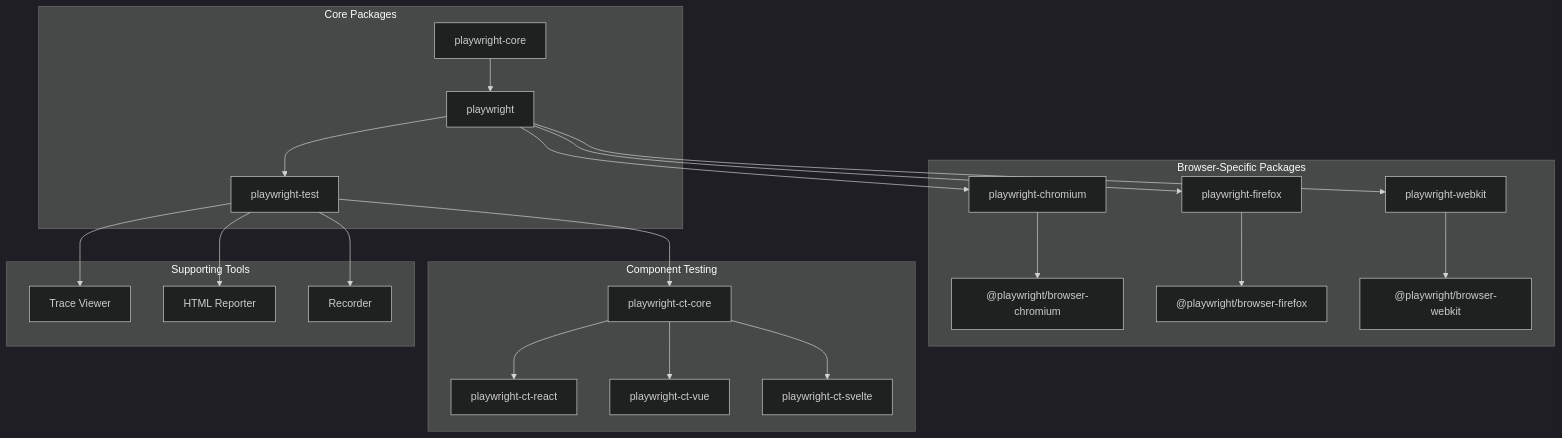
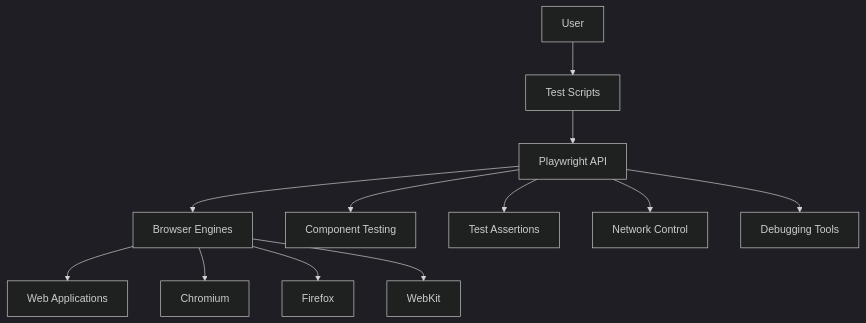
One commit to RightInChrist/playwright-docs changed the diagram in index.md. Above: the diagram before and after it, drawn with Mermaid (dark theme). The commit also changed other lines of this file and 2 other files, not shown here.

Commit message:
Update documentation with enhanced user-focused content

````diff
--- a/index.md
+++ b/index.md
@@ -64,30 +7,16 @@
 ```mermaid
 graph TD
-    subgraph "Core Packages"
-        A[playwright-core] --> B[playwright]
-        B --> C[playwright-test]
-    end
+    User[User] --> Tests[Test Scripts]
+    Tests --> PlaywrightAPI[Playwright API]
+    PlaywrightAPI --> Browsers[Browser Engines]
+    Browsers --> WebApps[Web Applications]
     
-    subgraph "Browser-Specific Packages"
-        B --> D[playwright-chromium]
-        B --> E[playwright-firefox]
-        B --> F[playwright-webkit]
-        
-        D --> G["@playwright/browser-chromium"]
-        E --> H["@playwright/browser-firefox"]
-        F --> I["@playwright/browser-webkit"]
-    end
+    PlaywrightAPI --> Components[Component Testing]
+    PlaywrightAPI --> Assertions[Test Assertions]
+    PlaywrightAPI --> Network[Network Control]
+    PlaywrightAPI --> Debug[Debugging Tools]
     
-    subgraph "Component Testing"
-        C --> J[playwright-ct-core]
-        J --> K[playwright-ct-react]
-        J --> L[playwright-ct-vue]
-        J --> M[playwright-ct-svelte]
-    end
-    
-    subgraph "Supporting Tools"
-        C --> N[Trace Viewer]
-        C --> O[HTML Reporter]
-        C --> P[Recorder]
-    end
+    Browsers --> Chromium
+    Browsers --> Firefox
+    Browsers --> WebKit
 ```
````
